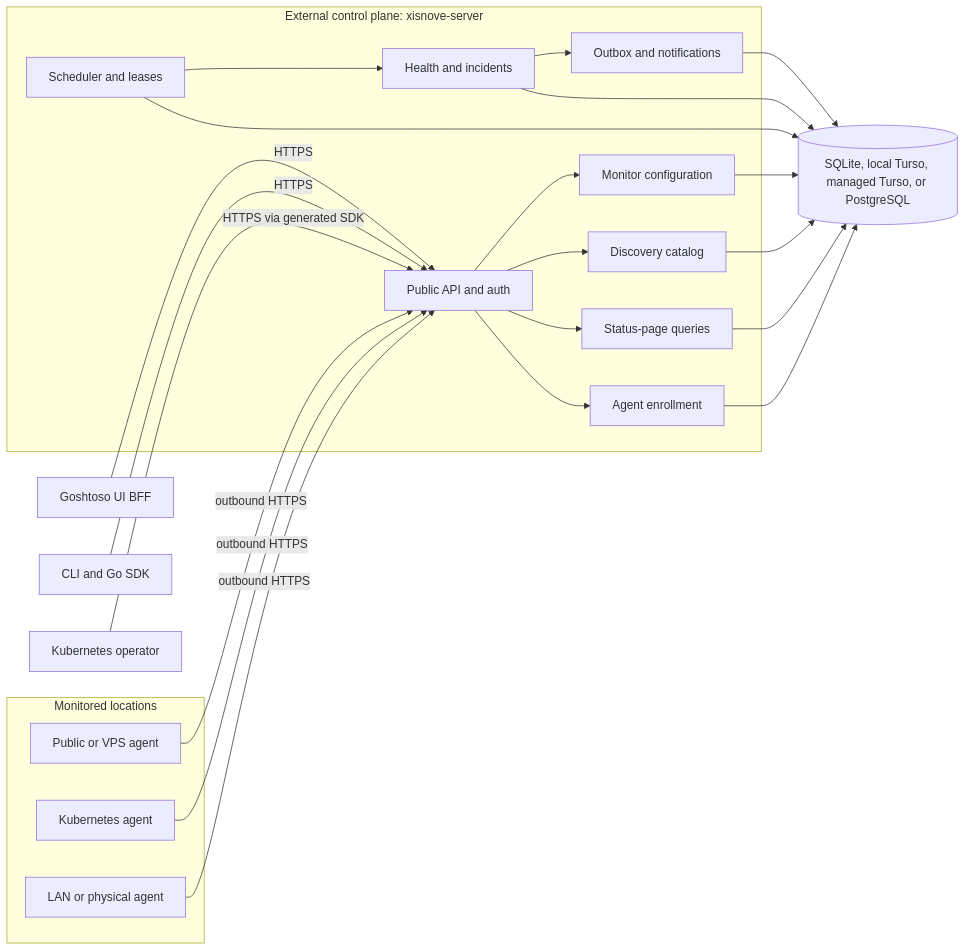
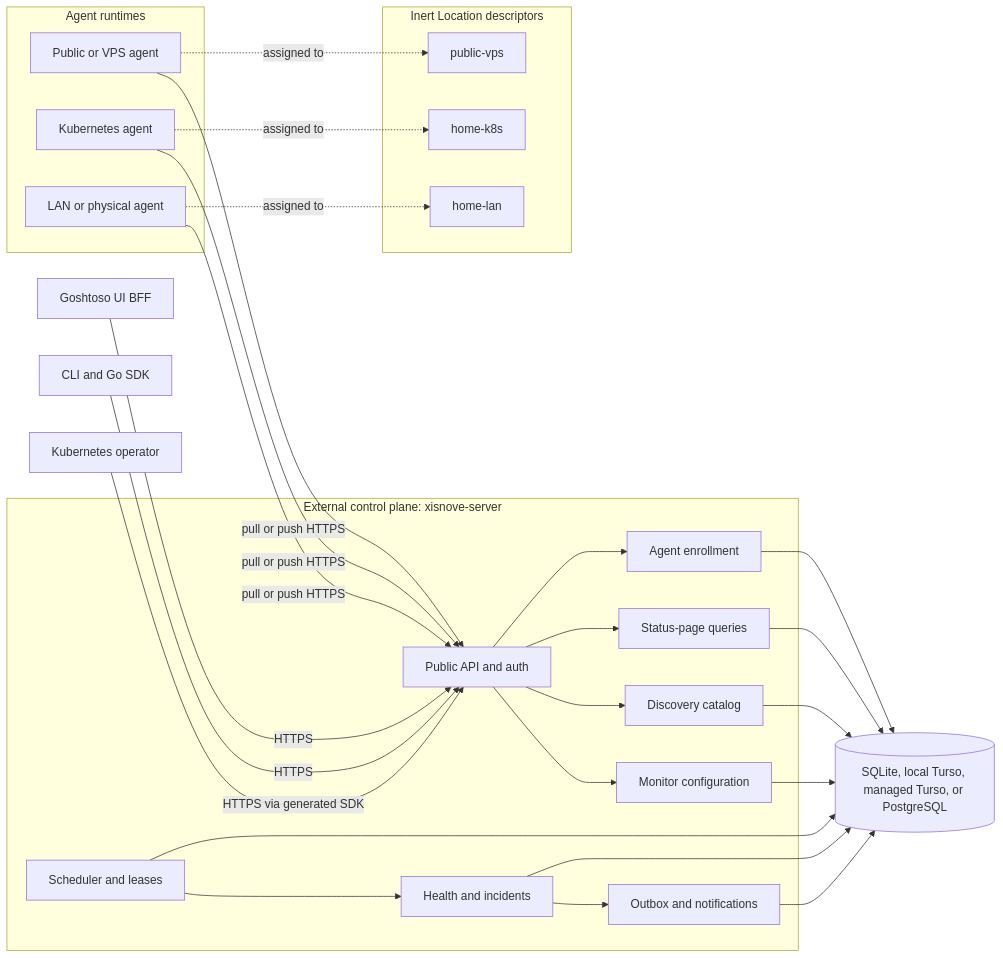
The diagram in docs/superpowers/specs/2026-07-24-xisnove-v1-design.md (araihu/xisnove), drawn with Mermaid before and after one commit. The commit also changed other lines of this file and 3 other files, not shown here.

````diff
--- a/docs/superpowers/specs/2026-07-24-xisnove-v1-design.md
+++ b/docs/superpowers/specs/2026-07-24-xisnove-v1-design.md
@@ -179,45 +199,54 @@
 ```mermaid
 flowchart LR
     UI["Goshtoso UI BFF"]
     CLI["CLI and Go SDK"]
     OP["Kubernetes operator"]
 
     subgraph CP["External control plane: xisnove-server"]
         API["Public API and auth"]
         CFG["Monitor configuration"]
         SCH["Scheduler and leases"]
         DISC["Discovery catalog"]
         EVAL["Health and incidents"]
         OUT["Outbox and notifications"]
         STATUS["Status-page queries"]
         ENROLL["Agent enrollment"]
     end
 
     DB[("SQLite, local Turso, managed Turso, or PostgreSQL")]
 
-    subgraph LOC["Monitored locations"]
-        PUB["Public or VPS agent"]
-        K8S["Kubernetes agent"]
-        LAN["LAN or physical agent"]
+    subgraph LOC["Inert Location descriptors"]
+        PUBLOC["public-vps"]
+        K8SLOC["home-k8s"]
+        LANLOC["home-lan"]
+    end
+
+    subgraph AG["Agent runtimes"]
+        PUBAG["Public or VPS agent"]
+        K8SAG["Kubernetes agent"]
+        LANAG["LAN or physical agent"]
     end
 
     UI -->|HTTPS| API
     CLI -->|HTTPS| API
     OP -->|HTTPS via generated SDK| API
     API --> CFG
     API --> DISC
     API --> STATUS
     API --> ENROLL
     SCH --> EVAL
     EVAL --> OUT
     CFG --> DB
     SCH --> DB
     DISC --> DB
     EVAL --> DB
     OUT --> DB
     STATUS --> DB
     ENROLL --> DB
-    PUB -->|outbound HTTPS| API
-    K8S -->|outbound HTTPS| API
-    LAN -->|outbound HTTPS| API
+    PUBAG -->|pull or push HTTPS| API
+    K8SAG -->|pull or push HTTPS| API
+    LANAG -->|pull or push HTTPS| API
+    PUBAG -. assigned to .-> PUBLOC
+    K8SAG -. assigned to .-> K8SLOC
+    LANAG -. assigned to .-> LANLOC
 ```
````
